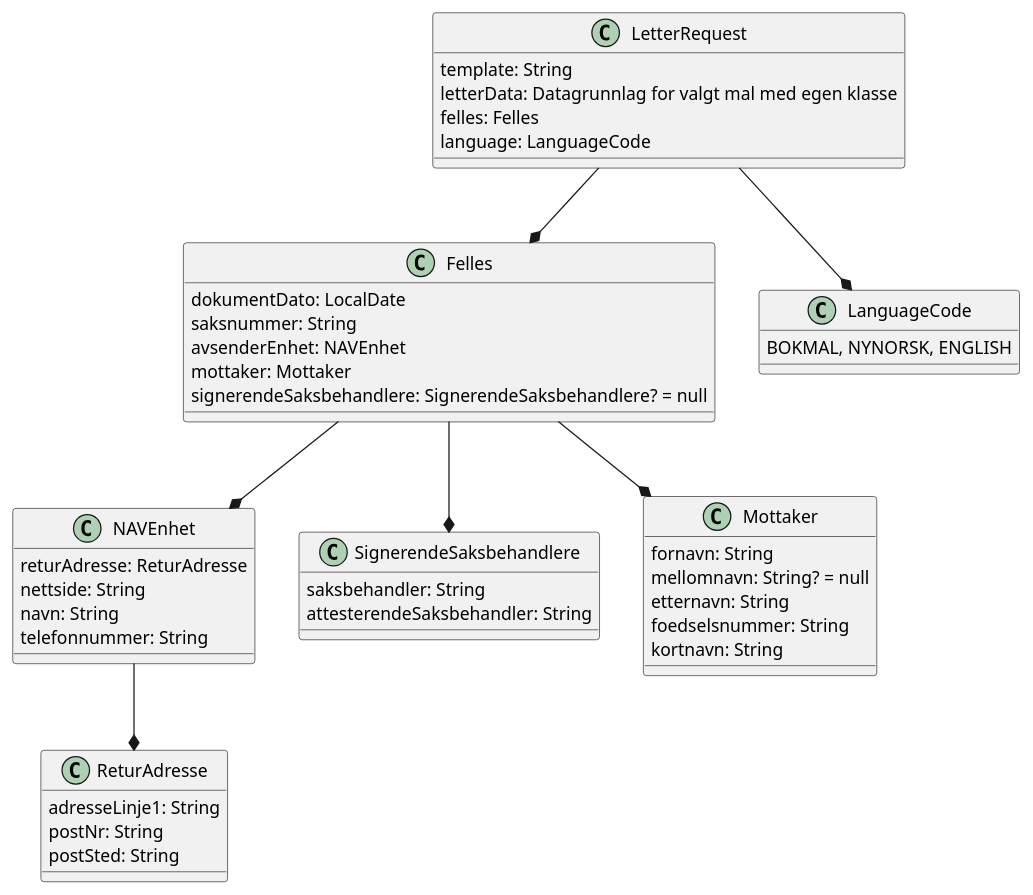
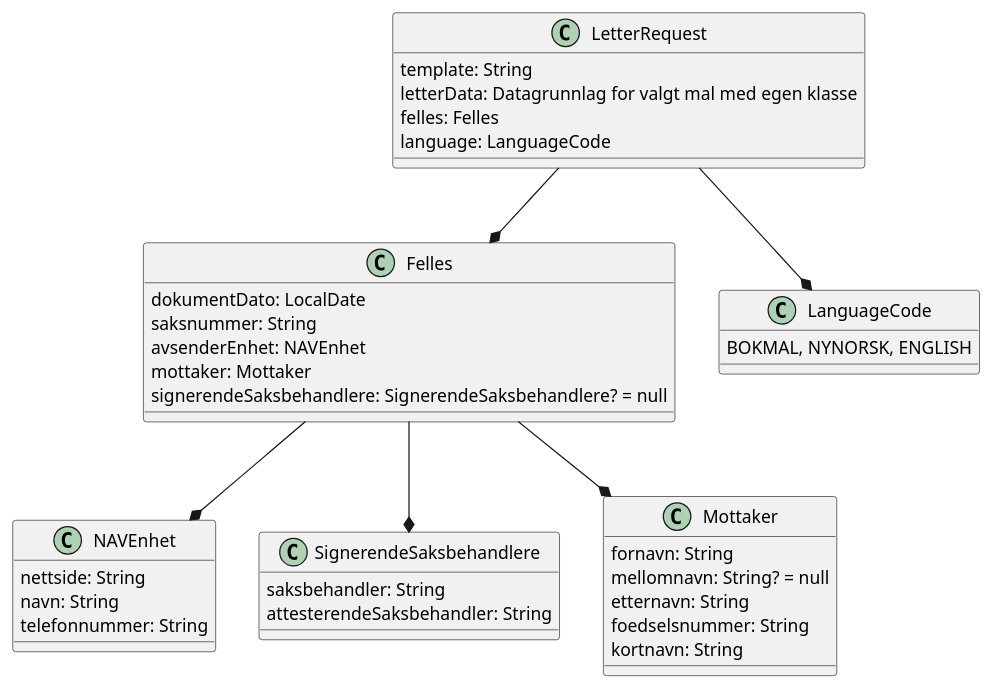
Before and after one commit to navikt/pensjonsbrev: the second of 3 diagrams in docs/brevbaker_pdfbygger_beskrivelse.adoc, drawn with PlantUML. The commit also changed 9 other files, not shown here.

```diff
--- a/docs/brevbaker_pdfbygger_beskrivelse.adoc
+++ b/docs/brevbaker_pdfbygger_beskrivelse.adoc
@@ -25,55 +25,47 @@
 [plantuml, target=img/datagrunnlag-letterrequest, format=svg]
 ....
 class LetterRequest{
     template: String
     letterData: Datagrunnlag for valgt mal med egen klasse
     felles: Felles
     language: LanguageCode
 }
 LetterRequest --* Felles
 LetterRequest --* LanguageCode
 
 class LanguageCode {
     BOKMAL, NYNORSK, ENGLISH
 }
 
 class Felles{
     dokumentDato: LocalDate
     saksnummer: String
     avsenderEnhet: NAVEnhet
     mottaker: Mottaker
     signerendeSaksbehandlere: SignerendeSaksbehandlere? = null
 }
 
 Felles --* NAVEnhet
 Felles --* SignerendeSaksbehandlere
 Felles --* Mottaker
 
-class ReturAdresse{
-    adresseLinje1: String
-    postNr: String
-    postSted: String
-}
-
 class SignerendeSaksbehandlere{
     saksbehandler: String
     attesterendeSaksbehandler: String
 }
 
 class Mottaker{
     fornavn: String
     mellomnavn: String? = null
     etternavn: String
     foedselsnummer: String
     kortnavn: String
 }
 
 class NAVEnhet{
-    returAdresse: ReturAdresse
     nettside: String
     navn: String
     telefonnummer: String
 }
 
-NAVEnhet --* ReturAdresse
 ....
```
